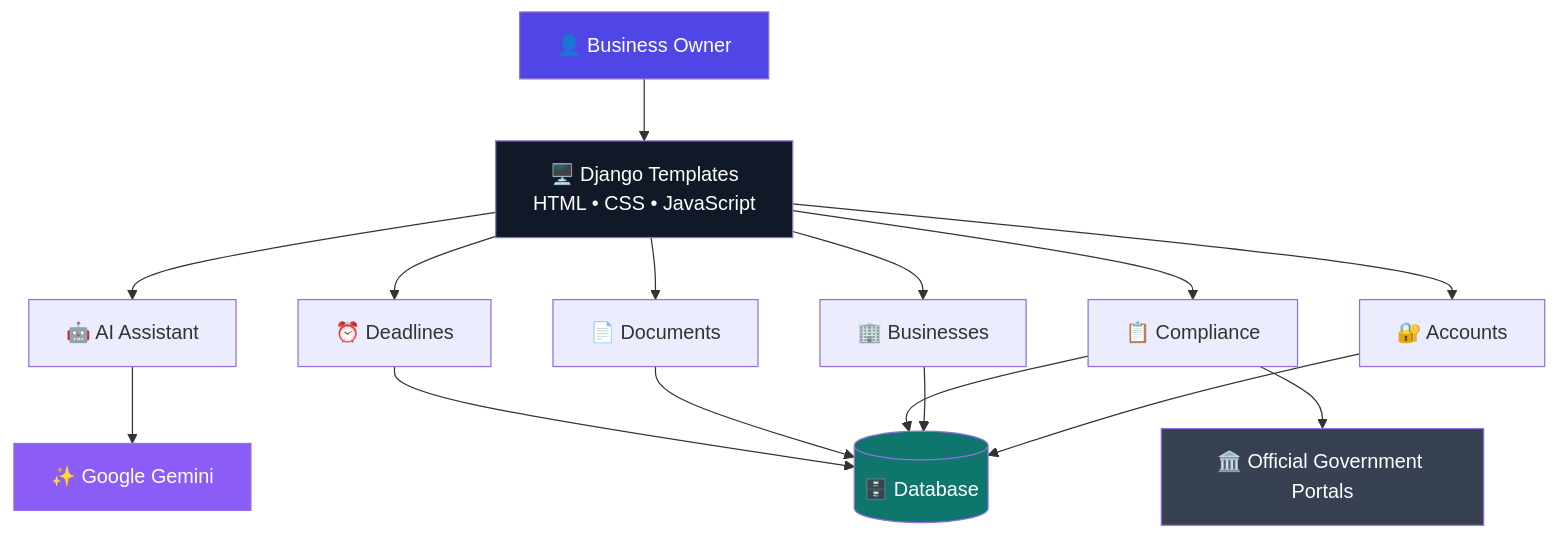
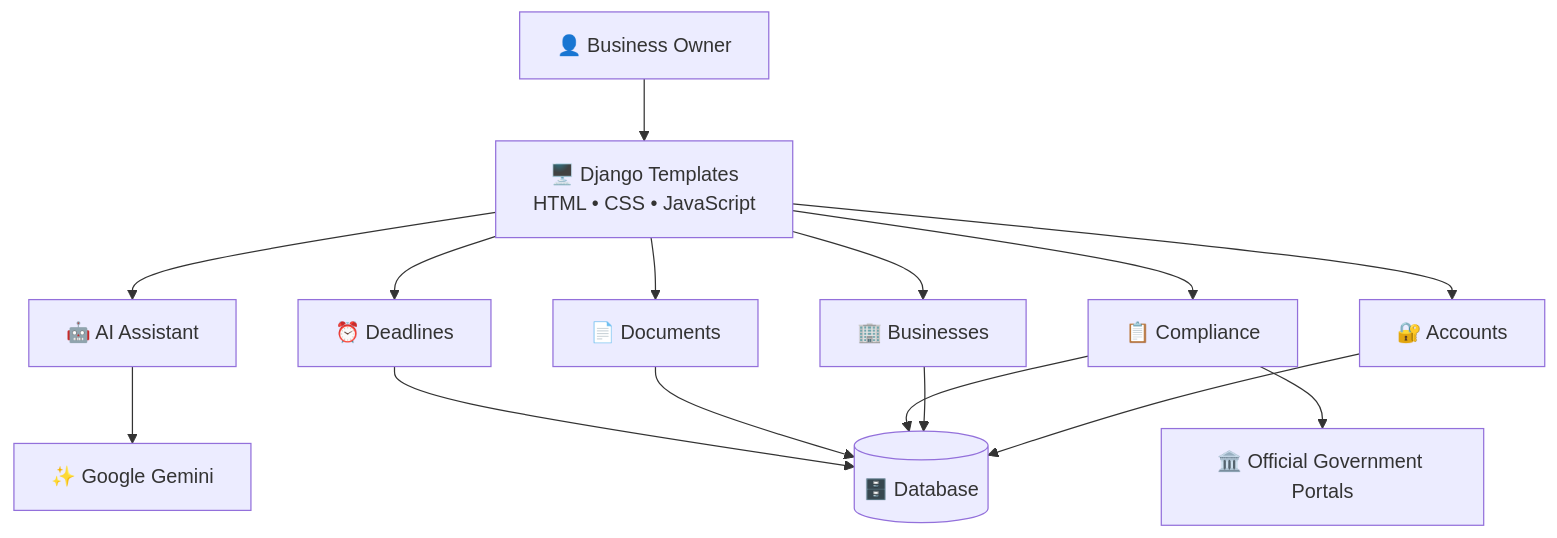
One commit to aryanbindal89/SmallBiz-AI changed the fourth of 4 diagrams in README.md. Above: the diagram before and after it, drawn with Mermaid. The commit also changed other lines of this file, not shown here.

````diff
--- a/README.md
+++ b/README.md
@@ -326,43 +429,37 @@
 ```mermaid
 flowchart TB
 
     USER["👤 Business Owner"]
 
     FRONTEND["🖥️ Django Templates<br/>HTML • CSS • JavaScript"]
 
     AUTH["🔐 Accounts"]
     BUSINESS["🏢 Businesses"]
     AI["🤖 AI Assistant"]
     COMPLIANCE["📋 Compliance"]
     DOCS["📄 Documents"]
     DEADLINES["⏰ Deadlines"]
 
     GEMINI["✨ Google Gemini"]
     DATABASE[("🗄️ Database")]
     PORTALS["🏛️ Official Government Portals"]
 
     USER --> FRONTEND
 
     FRONTEND --> AUTH
     FRONTEND --> BUSINESS
     FRONTEND --> AI
     FRONTEND --> COMPLIANCE
     FRONTEND --> DOCS
     FRONTEND --> DEADLINES
 
     AI --> GEMINI
 
     AUTH --> DATABASE
     BUSINESS --> DATABASE
     COMPLIANCE --> DATABASE
     DOCS --> DATABASE
     DEADLINES --> DATABASE
 
     COMPLIANCE --> PORTALS
-
-    style USER fill:#4f46e5,color:#fff
-    style FRONTEND fill:#111827,color:#fff
-    style GEMINI fill:#8b5cf6,color:#fff
-    style DATABASE fill:#0f766e,color:#fff
-    style PORTALS fill:#374151,color:#fff
 ```
````
